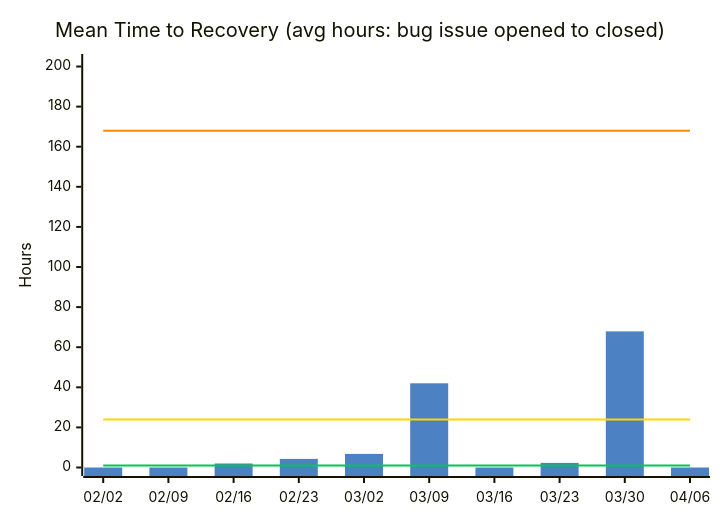
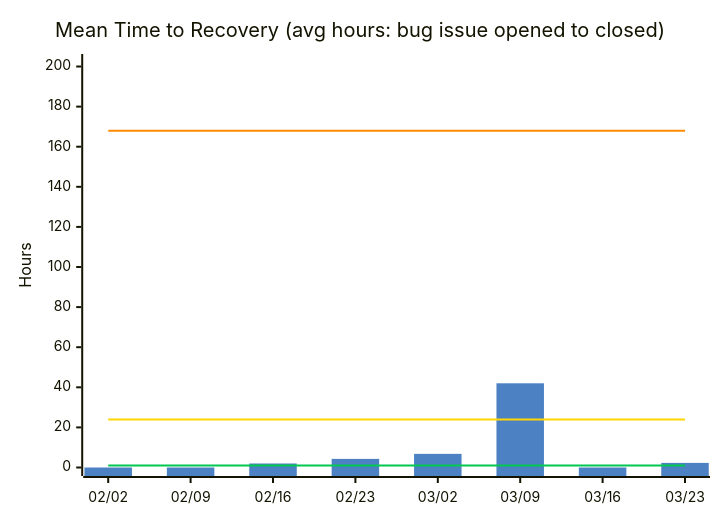
The fourth of 14 diagrams in docs/metrics.md (nablarch/nabledge-dev), drawn with Mermaid before and after one commit. The commit also changed other lines of this file and 1 other file, not shown here.

````diff
--- a/docs/metrics.md
+++ b/docs/metrics.md
@@ -73,11 +73,11 @@
 ```mermaid
 %%{init: {'theme': 'base', 'themeVariables': {'xyChart': {'plotColorPalette': '#4C82C3,#00C853,#FFD600,#FF8C00'}}}}%%
 xychart-beta
   title "Mean Time to Recovery (avg hours: bug issue opened to closed)"
-  x-axis ["02/02", "02/09", "02/16", "02/23", "03/02", "03/09", "03/16", "03/23", "03/30", "04/06"]
+  x-axis ["02/02", "02/09", "02/16", "02/23", "03/02", "03/09", "03/16", "03/23"]
   y-axis "Hours" 0 --> 202
-  bar [0, 0, 2, 4.3, 6.8, 42, 0, 2.3, 67.9, 0]
-  line [1, 1, 1, 1, 1, 1, 1, 1, 1, 1]
-  line [24, 24, 24, 24, 24, 24, 24, 24, 24, 24]
-  line [168, 168, 168, 168, 168, 168, 168, 168, 168, 168]
+  bar [0, 0, 2, 4.3, 6.8, 42, 0, 2.3]
+  line [1, 1, 1, 1, 1, 1, 1, 1]
+  line [24, 24, 24, 24, 24, 24, 24, 24]
+  line [168, 168, 168, 168, 168, 168, 168, 168]
 ```
````
